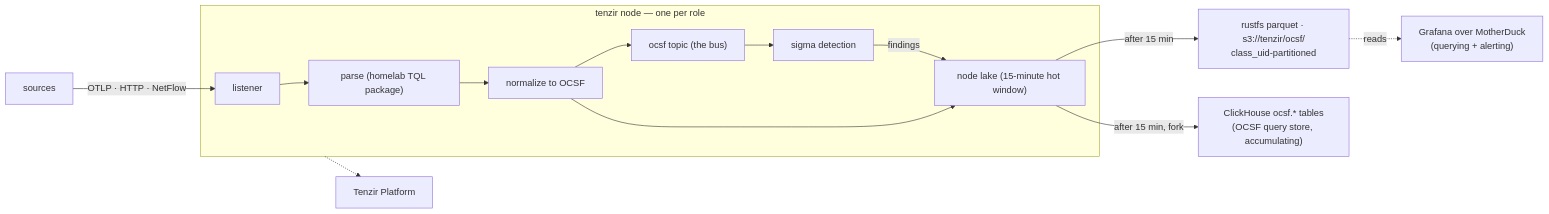
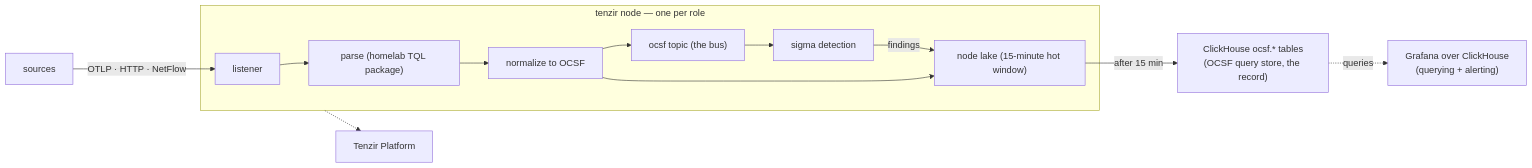
One commit to Apocrathia/homelab changed the diagram in flux/manifests/03-services/observability/tenzir/README.md. Above: the diagram before and after it, drawn with Mermaid. The commit also changed other lines of this file and 20 other files, not shown here.

First line of the commit message:
feat(tenzir): retire the duckdb/parquet lane, clickhouse is the sole archive (MR-5)

````diff
--- a/flux/manifests/03-services/observability/tenzir/README.md
+++ b/flux/manifests/03-services/observability/tenzir/README.md
@@ -38,18 +37,17 @@
 ```mermaid
 flowchart LR
     SRC["sources"] -->|"OTLP · HTTP · NetFlow"| IN[listener]
 
     subgraph NODE["tenzir node — one per role"]
         IN --> PARSE["parse (homelab TQL package)"]
         PARSE --> OCSF["normalize to OCSF"]
         OCSF --> BUS["ocsf topic (the bus)"]
         BUS --> SIGMA["sigma detection"]
         SIGMA -->|"findings"| LAKE["node lake (15-minute hot window)"]
         OCSF --> LAKE
     end
 
-    LAKE -->|"after 15 min"| RUST["rustfs parquet · s3://tenzir/ocsf/<br/>class_uid-partitioned"]
-    LAKE -->|"after 15 min, fork"| CH["ClickHouse ocsf.* tables<br/>(OCSF query store, accumulating)"]
-    RUST -.->|"reads"| GRAF["Grafana over MotherDuck<br/>(querying + alerting)"]
+    LAKE -->|"after 15 min"| CH["ClickHouse ocsf.* tables<br/>(OCSF query store, the record)"]
+    CH -.->|"queries"| GRAF["Grafana over ClickHouse<br/>(querying + alerting)"]
     NODE -.-> PLAT["Tenzir Platform"]
 ```
````
